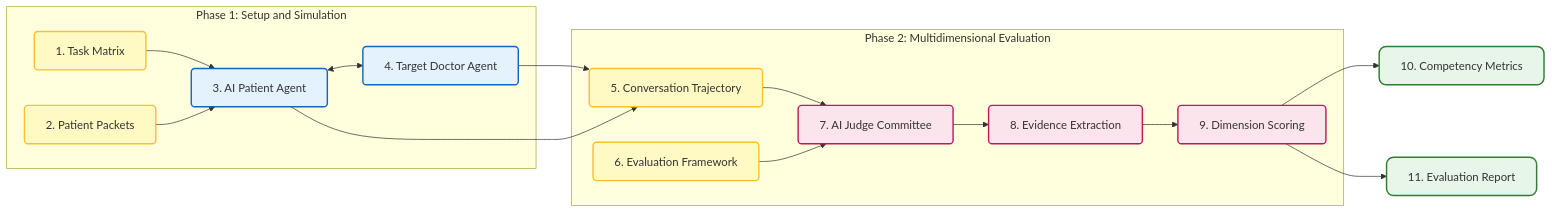
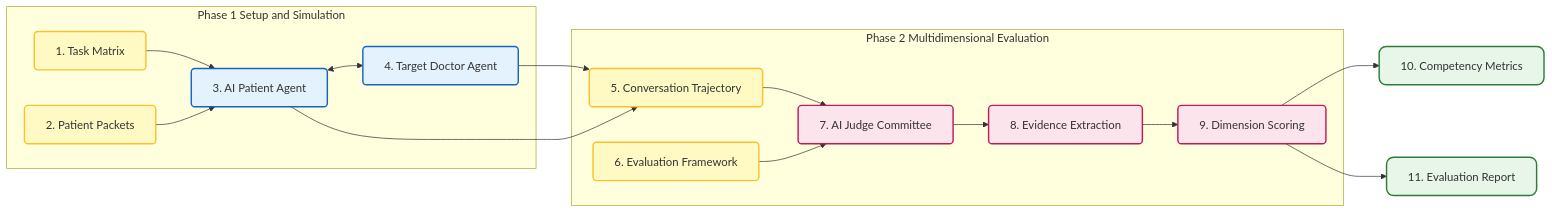
One commit to hhtrocket/HHT-Benchmark-dataset changed the diagram in Literature Review/brief report 2.md. Above: the diagram before and after it, drawn with Mermaid.

Commit message:
Refactor subgraph labels in brief report 2

````diff
--- a/Literature Review/brief report 2.md
+++ b/Literature Review/brief report 2.md
@@ -13,39 +13,39 @@
 ```mermaid
 graph LR
     classDef phase1 fill:#e3f2fd,stroke:#1565c0,stroke-width:2px,rx:5,ry:5;
     classDef phase2 fill:#fce4ec,stroke:#c2185b,stroke-width:2px,rx:5,ry:5;
     classDef input fill:#fff9c4,stroke:#fbc02d,stroke-width:2px,rx:5,ry:5;
     classDef report fill:#e8f5e9,stroke:#2e7d32,stroke-width:2px,rx:10,ry:10;
 
-    subgraph Phase1 ["Phase 1: Setup and Simulation"]
-        Task["1. Task Matrix"]:::input
-        Data["2. Patient Packets"]:::input
-        SimUser["3. AI Patient Agent"]:::phase1
-        Agent["4. Target Doctor Agent"]:::phase1
-
+    subgraph Phase1 [Phase 1 Setup and Simulation]
+        Task[1. Task Matrix]:::input
+        Data[2. Patient Packets]:::input
+        SimUser[3. AI Patient Agent]:::phase1
+        Agent[4. Target Doctor Agent]:::phase1
+        
         Task --> SimUser
         Data --> SimUser
         SimUser <--> Agent
     end
 
-    subgraph Phase2 ["Phase 2: Multidimensional Evaluation"]
-        Trace["5. Conversation Trajectory"]:::input
-        Rubric["6. Evaluation Framework"]:::input
-        Judge["7. AI Judge Committee"]:::phase2
-        Extract["8. Evidence Extraction"]:::phase2
-        Score["9. Dimension Scoring"]:::phase2
-
+    subgraph Phase2 [Phase 2 Multidimensional Evaluation]
+        Trace[5. Conversation Trajectory]:::input
+        Rubric[6. Evaluation Framework]:::input
+        Judge[7. AI Judge Committee]:::phase2
+        Extract[8. Evidence Extraction]:::phase2
+        Score[9. Dimension Scoring]:::phase2
+        
         Agent --> Trace
         SimUser --> Trace
         Trace --> Judge
         Rubric --> Judge
         Judge --> Extract
         Extract --> Score
     end
 
-    Metrics["10. Competency Metrics"]:::report
-    Report["11. Evaluation Report"]:::report
+    Metrics[10. Competency Metrics]:::report
+    Report[11. Evaluation Report]:::report
 
     Score --> Metrics
     Score --> Report
 ```
````
